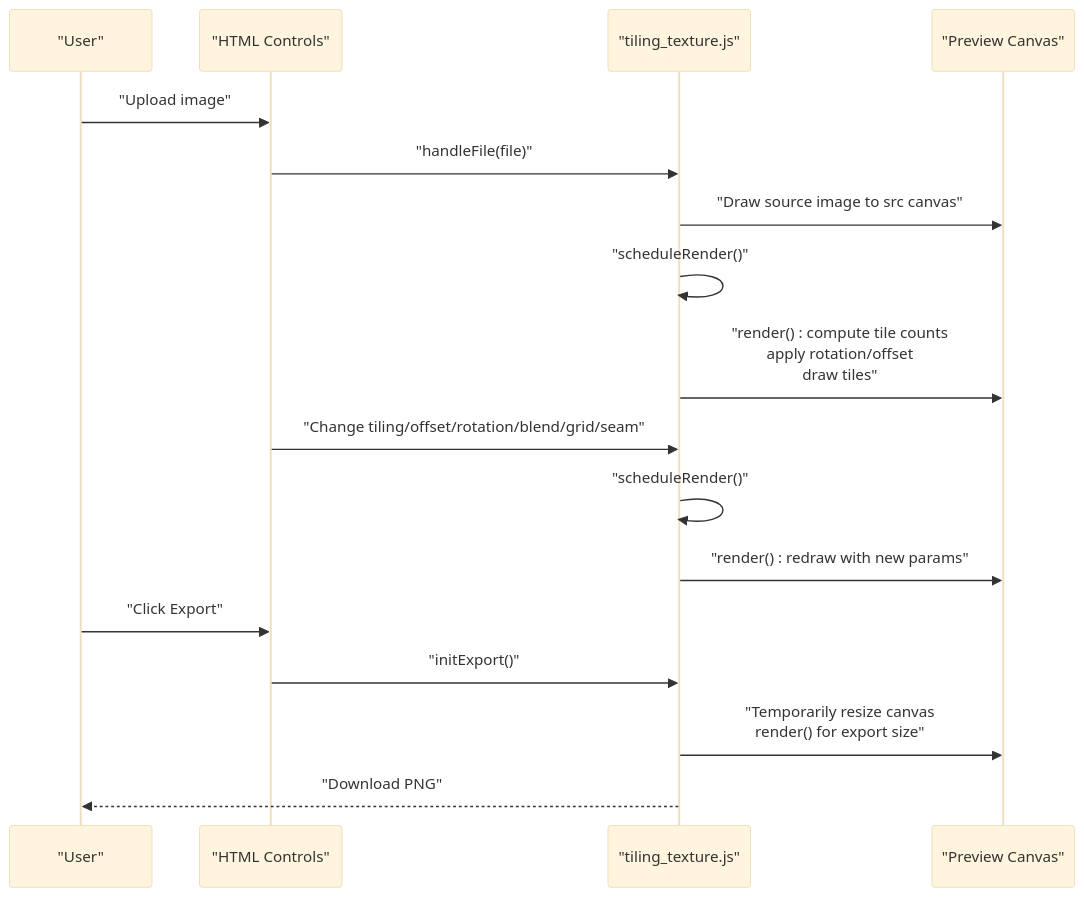
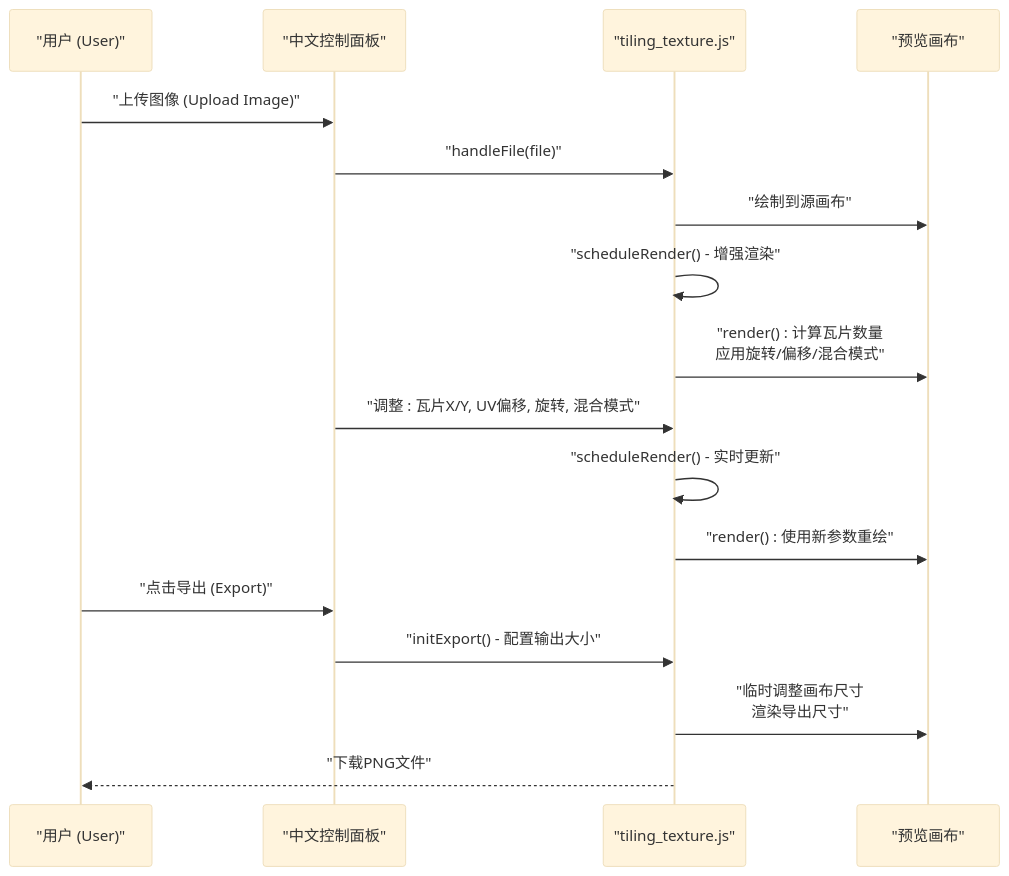
Before and after one commit to treasureGrove/TAWEBTOOL: the second of 9 diagrams in .qoder/repowiki/en/content/Image Processing Tools/Tiling Texture Preview.md, drawn with Mermaid (base theme). The commit also changed other lines of this file and 30 other files, not shown here.

````diff
--- a/.qoder/repowiki/en/content/Image Processing Tools/Tiling Texture Preview.md
+++ b/.qoder/repowiki/en/content/Image Processing Tools/Tiling Texture Preview.md
@@ -88,19 +100,19 @@
 ```mermaid
 sequenceDiagram
-participant U as "User"
-participant UI as "HTML Controls"
+participant U as "用户 (User)"
+participant UI as "中文控制面板"
 participant JS as "tiling_texture.js"
-participant C as "Preview Canvas"
-U->>UI : "Upload image"
+participant C as "预览画布"
+U->>UI : "上传图像 (Upload Image)"
 UI->>JS : "handleFile(file)"
-JS->>C : "Draw source image to src canvas"
-JS->>JS : "scheduleRender()"
-JS->>C : "render() : compute tile counts<br/>apply rotation/offset<br/>draw tiles"
-UI->>JS : "Change tiling/offset/rotation/blend/grid/seam"
-JS->>JS : "scheduleRender()"
-JS->>C : "render() : redraw with new params"
-U->>UI : "Click Export"
-UI->>JS : "initExport()"
-JS->>C : "Temporarily resize canvas<br/>render() for export size"
-JS-->>U : "Download PNG"
+JS->>C : "绘制到源画布"
+JS->>JS : "scheduleRender() - 增强渲染"
+JS->>C : "render() : 计算瓦片数量<br/>应用旋转/偏移/混合模式"
+UI->>JS : "调整 : 瓦片X/Y, UV偏移, 旋转, 混合模式"
+JS->>JS : "scheduleRender() - 实时更新"
+JS->>C : "render() : 使用新参数重绘"
+U->>UI : "点击导出 (Export)"
+UI->>JS : "initExport() - 配置输出大小"
+JS->>C : "临时调整画布尺寸<br/>渲染导出尺寸"
+JS-->>U : "下载PNG文件"
 ```
````
